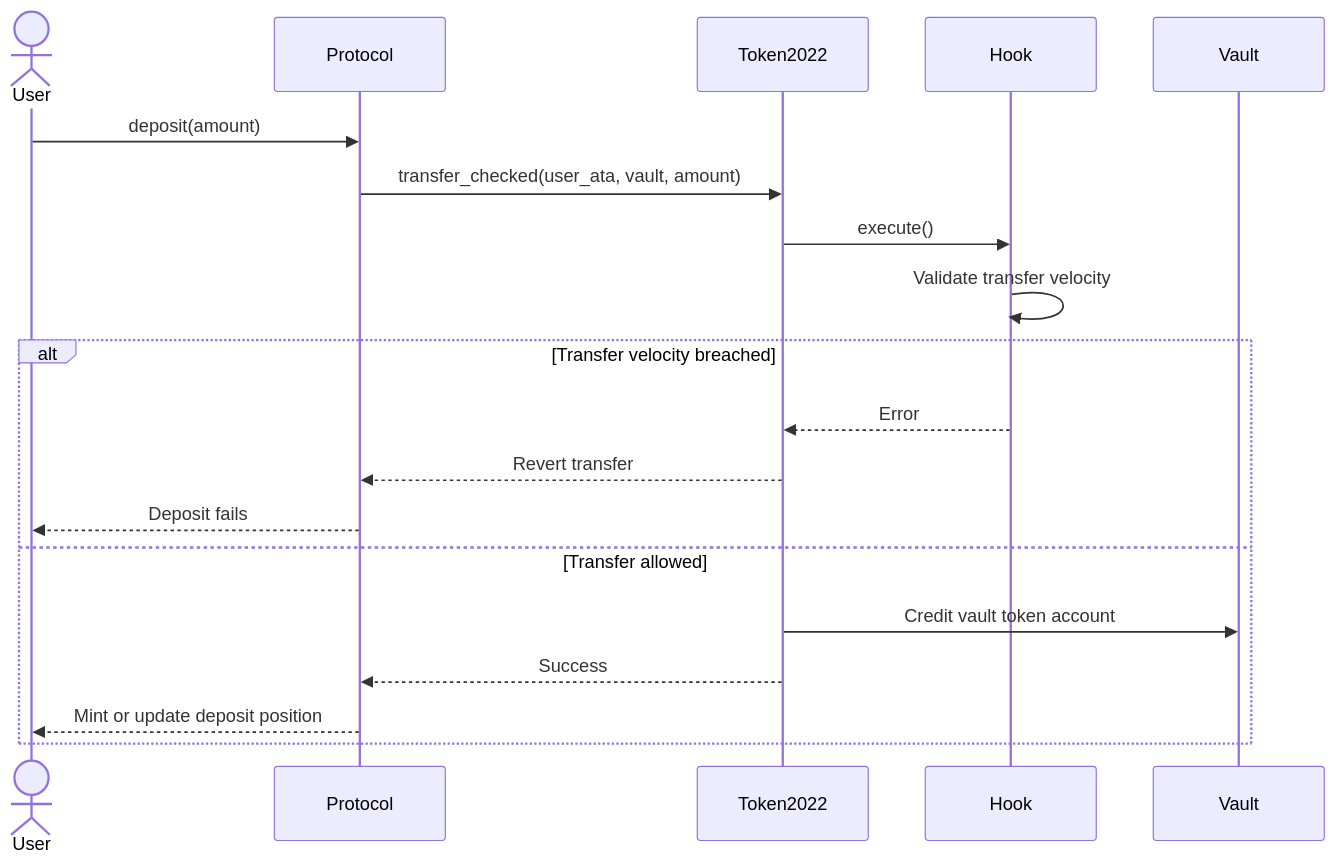
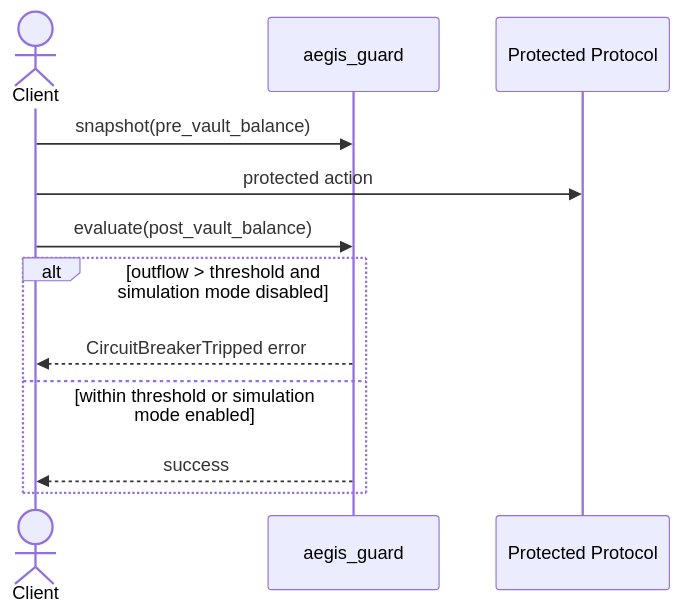
Before and after one commit to Pritam-deb/Aegis: the third of 6 diagrams in docs/ARCHITECTURE.md, drawn with Mermaid. The commit also changed other lines of this file, not shown here.

Commit message:
updated architecture

````diff
--- a/docs/ARCHITECTURE.md
+++ b/docs/ARCHITECTURE.md
@@ -282,23 +277,16 @@
 ```mermaid
 sequenceDiagram
-    actor User
-    participant Protocol
-    participant Token2022
-    participant Hook
-    participant Vault
+    actor Client
+    participant Guard as aegis_guard
+    participant Protocol as Protected Protocol
 
-    User->>Protocol: deposit(amount)
-    Protocol->>Token2022: transfer_checked(user_ata, vault, amount)
-    Token2022->>Hook: execute()
-    Hook->>Hook: Validate transfer velocity
+    Client->>Guard: snapshot(pre_vault_balance)
+    Client->>Protocol: protected action
+    Client->>Guard: evaluate(post_vault_balance)
 
-    alt Transfer velocity breached
-        Hook-->>Token2022: Error
-        Token2022-->>Protocol: Revert transfer
-        Protocol-->>User: Deposit fails
-    else Transfer allowed
-        Token2022->>Vault: Credit vault token account
-        Token2022-->>Protocol: Success
-        Protocol-->>User: Mint or update deposit position
+    alt outflow > threshold and simulation mode disabled
+        Guard-->>Client: CircuitBreakerTripped error
+    else within threshold or simulation mode enabled
+        Guard-->>Client: success
     end
 ```
````
